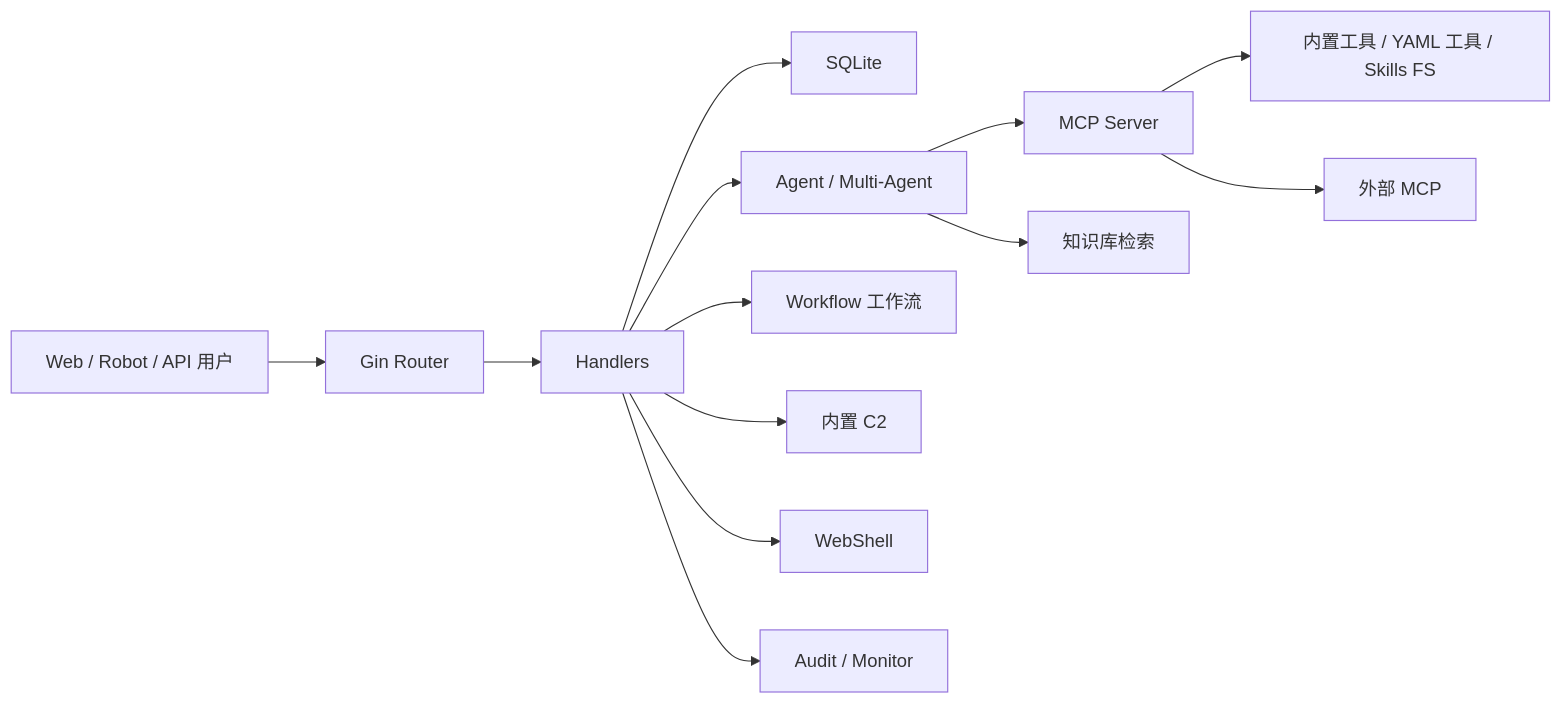
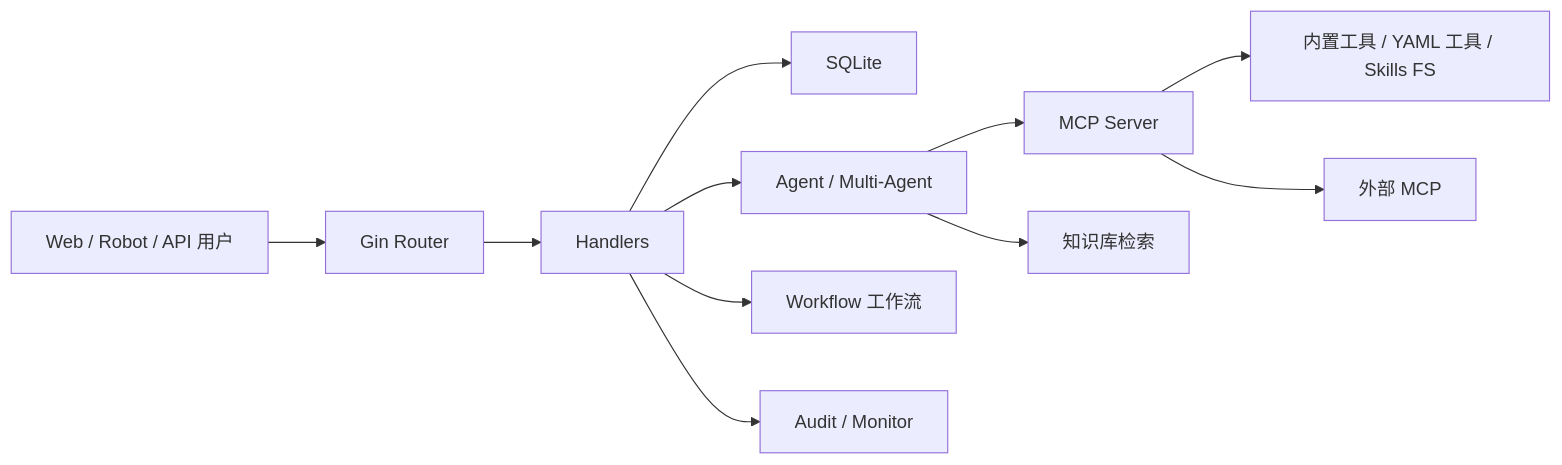
The diagram in docs/zh-CN/architecture.md (youki992/Provena), drawn with Mermaid before and after one commit. The commit also changed other lines of this file and 34 other files, not shown here.

````diff
--- a/docs/zh-CN/architecture.md
+++ b/docs/zh-CN/architecture.md
@@ -7,15 +7,13 @@
 ```mermaid
 flowchart LR
     U["Web / Robot / API 用户"] --> R["Gin Router"]
     R --> H["Handlers"]
     H --> DB["SQLite"]
     H --> A["Agent / Multi-Agent"]
     A --> M["MCP Server"]
     M --> T["内置工具 / YAML 工具 / Skills FS"]
     M --> EM["外部 MCP"]
     A --> K["知识库检索"]
     H --> W["Workflow 工作流"]
-    H --> C2["内置 C2"]
-    H --> WS["WebShell"]
     H --> AU["Audit / Monitor"]
 ```
````
